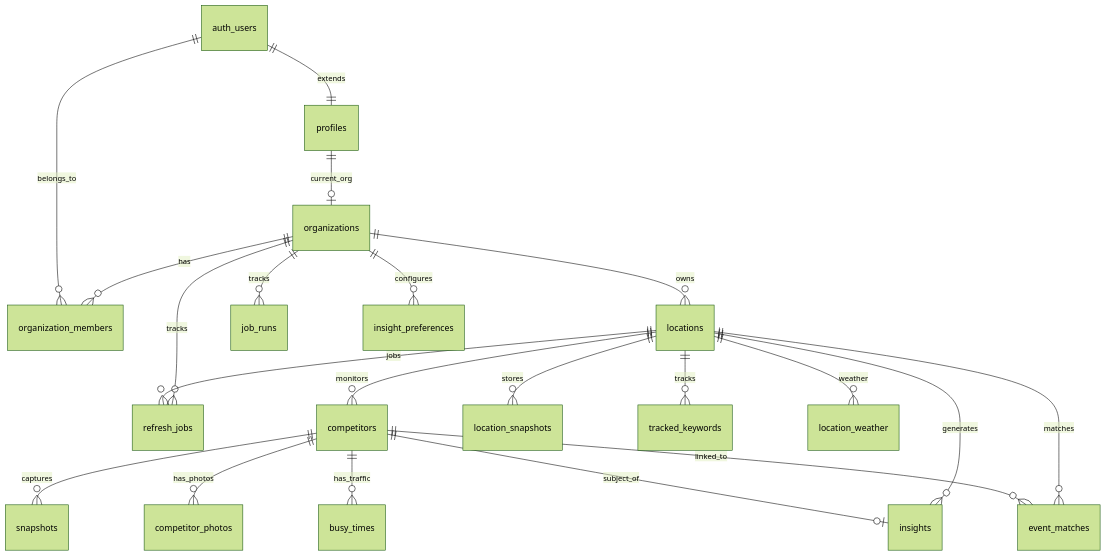
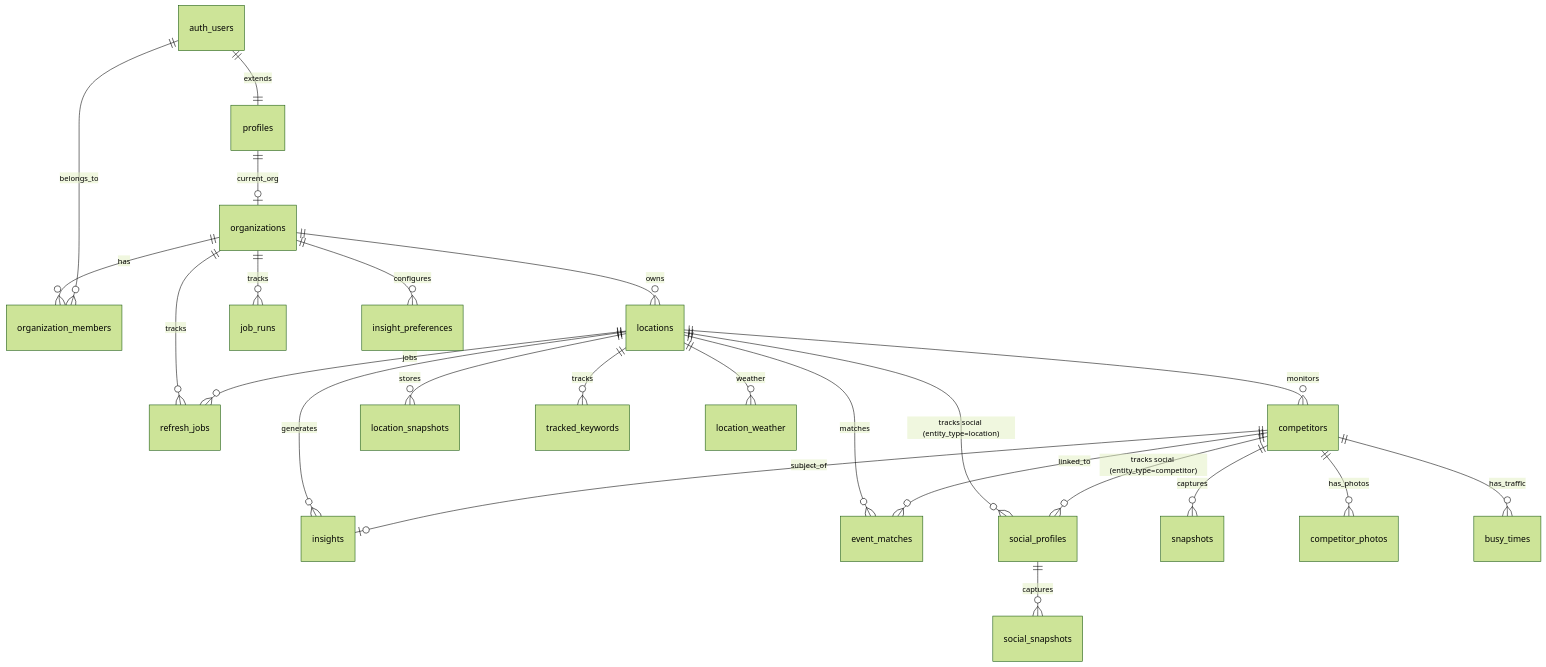
One commit to AliveLabs/prophet changed the fifth of 5 diagrams in BLUEPRINT.md. Above: the diagram before and after it, drawn with Mermaid (forest theme). The commit also changed other lines of this file and 17 other files, not shown here.

````diff
--- a/BLUEPRINT.md
+++ b/BLUEPRINT.md
@@ -882,26 +966,30 @@
 ```mermaid
 erDiagram
     organizations ||--o{ organization_members : has
     organizations ||--o{ locations : owns
     organizations ||--o{ job_runs : tracks
     organizations ||--o{ refresh_jobs : tracks
     organizations ||--o{ insight_preferences : configures
 
     profiles ||--o| organizations : current_org
     auth_users ||--|| profiles : extends
     auth_users ||--o{ organization_members : belongs_to
 
     locations ||--o{ competitors : monitors
     locations ||--o{ insights : generates
     locations ||--o{ location_snapshots : stores
     locations ||--o{ event_matches : matches
     locations ||--o{ tracked_keywords : tracks
     locations ||--o{ location_weather : weather
     locations ||--o{ refresh_jobs : jobs
+    locations ||--o{ social_profiles : "tracks social (entity_type=location)"
 
     competitors ||--o{ snapshots : captures
     competitors ||--o{ competitor_photos : has_photos
     competitors ||--o{ busy_times : has_traffic
     competitors ||--o{ event_matches : linked_to
     competitors ||--o| insights : subject_of
+    competitors ||--o{ social_profiles : "tracks social (entity_type=competitor)"
+
+    social_profiles ||--o{ social_snapshots : captures
 ```
````
